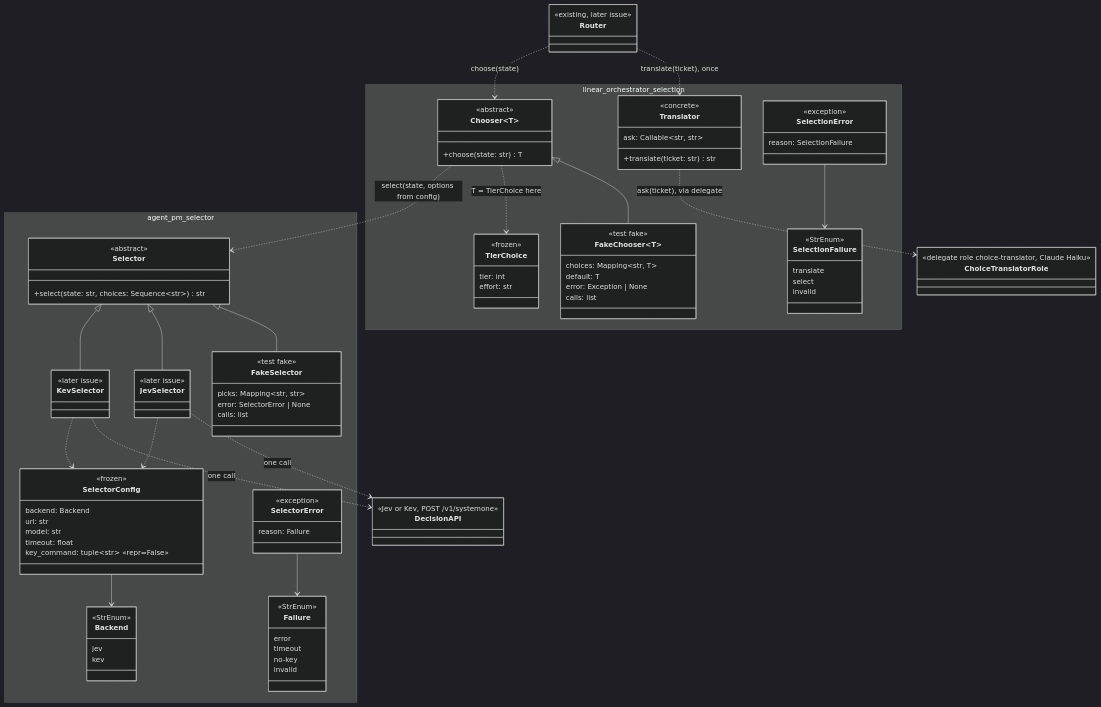
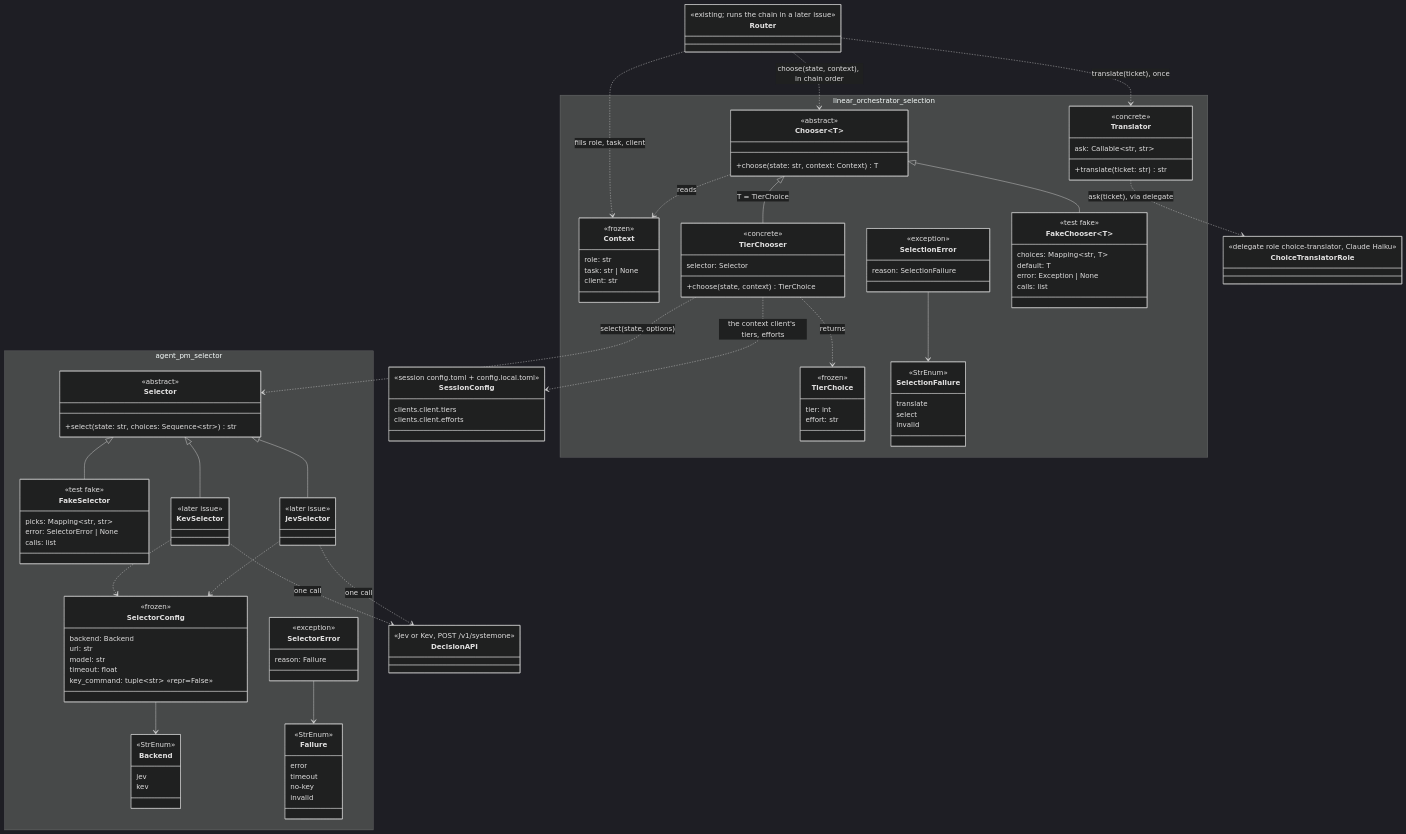
The second of 2 diagrams in .autopilot/router-selector-spec.md (ophis/agent-pm), drawn with Mermaid (dark theme) before and after one commit. The commit also changed other lines of this file, not shown here.

Commit message:
TASK-742: spec: chooser chain with context; the tier chooser is built here

```diff
--- a/.autopilot/router-selector-spec.md
+++ b/.autopilot/router-selector-spec.md
@@ -97,19 +100,30 @@
   }
 
   namespace linear_orchestrator_selection {
+    class Translator {
+      <<concrete>>
+      ask: Callable~str, str~
+      +translate(ticket: str) str
+    }
+    class Context {
+      <<frozen>>
+      role: str
+      task: str | None
+      client: str
+    }
     class Chooser~T~ {
       <<abstract>>
-      +choose(state: str) T
+      +choose(state: str, context: Context) T
+    }
+    class TierChooser {
+      <<concrete>>
+      selector: Selector
+      +choose(state, context) TierChoice
     }
     class TierChoice {
       <<frozen>>
       tier: int
       effort: str
-    }
-    class Translator {
-      <<concrete>>
-      ask: Callable~str, str~
-      +translate(ticket: str) str
     }
     class SelectionError {
       <<exception>>
@@ -131,10 +145,15 @@
   }
 
   class Router {
-    <<existing, later issue>>
+    <<existing; runs the chain in a later issue>>
   }
   class ChoiceTranslatorRole {
     <<delegate role choice-translator, Claude Haiku>>
+  }
+  class SessionConfig {
+    <<session config.toml + config.local.toml>>
+    clients.client.tiers
+    clients.client.efforts
   }
   class DecisionAPI {
     <<Jev or Kev, POST /v1/systemone>>
@@ -143,16 +162,20 @@
   Selector <|-- FakeSelector
   Selector <|-- JevSelector
   Selector <|-- KevSelector
+  Chooser <|-- TierChooser : T = TierChoice
   Chooser <|-- FakeChooser
   SelectorConfig --> Backend
   SelectorError --> Failure
   SelectionError --> SelectionFailure
-  Chooser ..> TierChoice : T = TierChoice here
+  TierChooser ..> TierChoice : returns
+  Chooser ..> Context : reads
 
   Router ..> Translator : translate(ticket), once
-  Router ..> Chooser : choose(state)
-  Chooser ..> Selector : select(state, options from config)
+  Router ..> Context : fills role, task, client
+  Router ..> Chooser : choose(state, context), in chain order
   Translator ..> ChoiceTranslatorRole : ask(ticket), via delegate
+  TierChooser ..> SessionConfig : the context client's tiers, efforts
+  TierChooser ..> Selector : select(state, options)
   JevSelector ..> DecisionAPI : one call
   KevSelector ..> DecisionAPI : one call
   JevSelector ..> SelectorConfig
```
